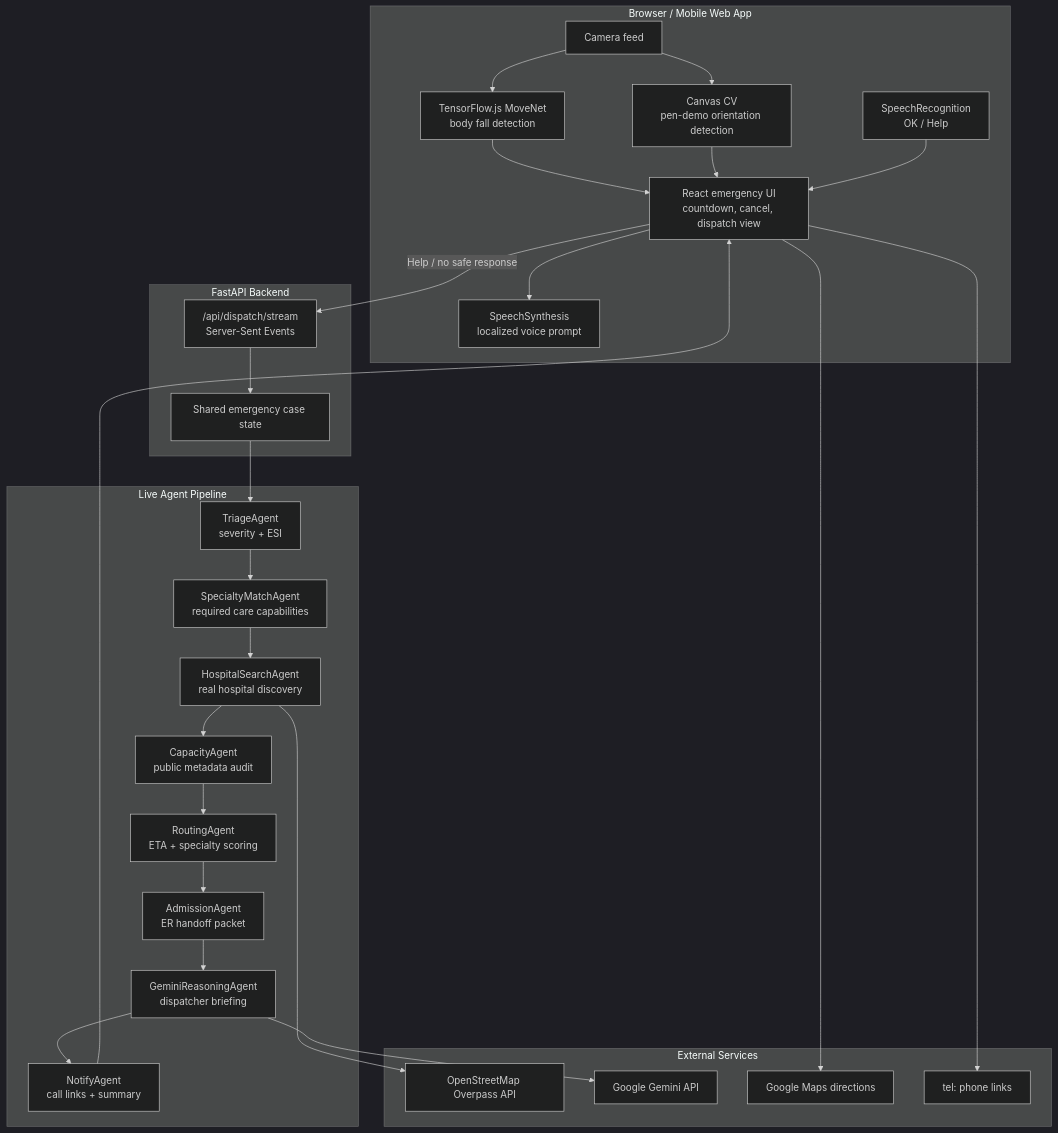
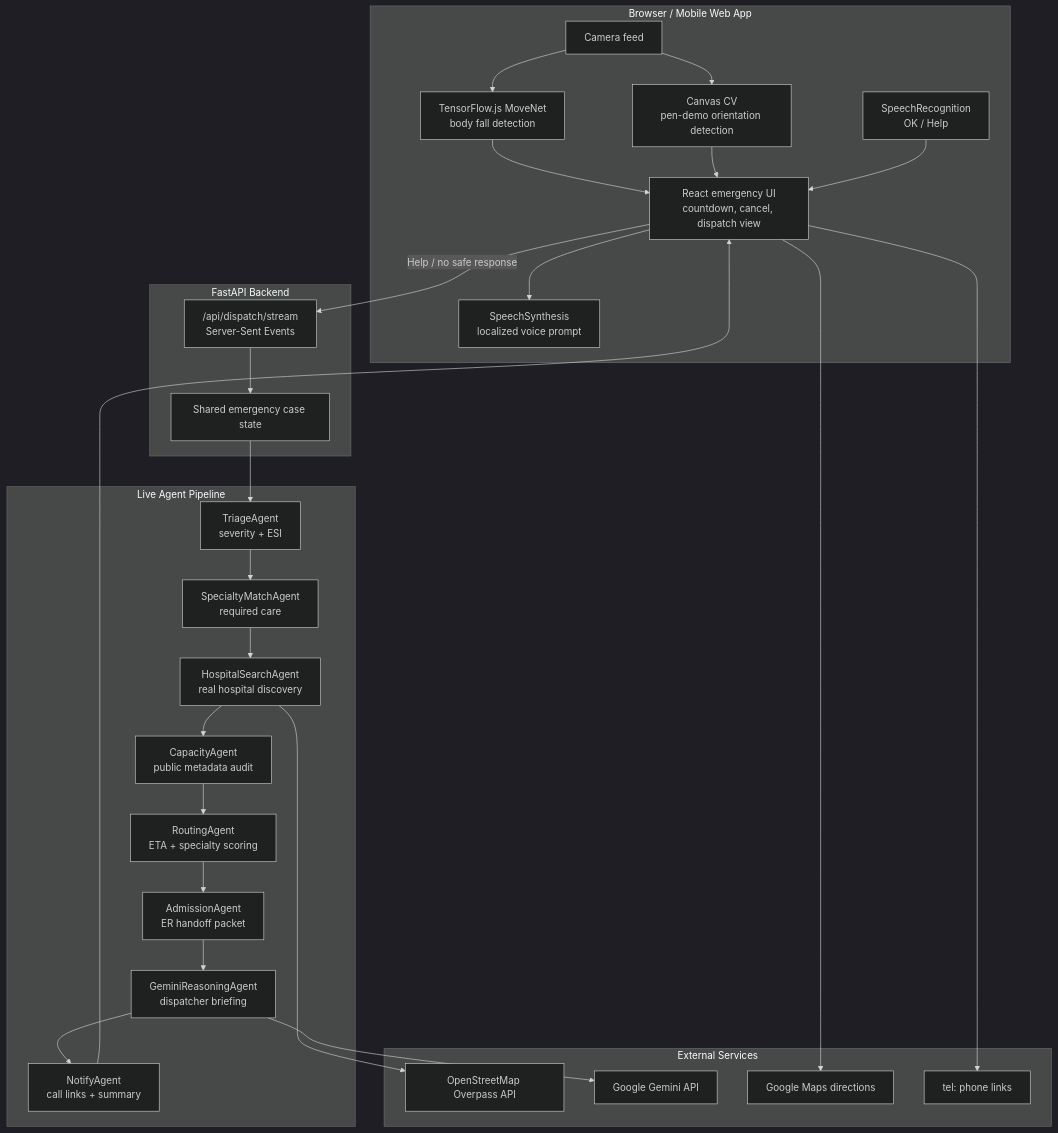
The diagram in README.md (mavisbong41/Lifeline), drawn with Mermaid (dark theme) before and after one commit. The commit also changed other lines of this file, not shown here.

````diff
--- a/README.md
+++ b/README.md
@@ -39,49 +44,49 @@
 ```mermaid
 flowchart TB
   subgraph Browser["Browser / Mobile Web App"]
     Camera["Camera feed"]
     Pose["TensorFlow.js MoveNet<br/>body fall detection"]
     Pen["Canvas CV<br/>pen-demo orientation detection"]
     VoiceOut["SpeechSynthesis<br/>localized voice prompt"]
     VoiceIn["SpeechRecognition<br/>OK / Help"]
     UI["React emergency UI<br/>countdown, cancel, dispatch view"]
   end
 
   subgraph API["FastAPI Backend"]
     SSE["/api/dispatch/stream<br/>Server-Sent Events"]
     State["Shared emergency case state"]
   end
 
   subgraph Agents["Live Agent Pipeline"]
     Triage["TriageAgent<br/>severity + ESI"]
-    Specialty["SpecialtyMatchAgent<br/>required care capabilities"]
+    Specialty["SpecialtyMatchAgent<br/>required care"]
     Search["HospitalSearchAgent<br/>real hospital discovery"]
     Capacity["CapacityAgent<br/>public metadata audit"]
     Routing["RoutingAgent<br/>ETA + specialty scoring"]
     Admission["AdmissionAgent<br/>ER handoff packet"]
     Gemini["GeminiReasoningAgent<br/>dispatcher briefing"]
     Notify["NotifyAgent<br/>call links + summary"]
   end
 
   subgraph External["External Services"]
     OSM["OpenStreetMap Overpass API"]
     GeminiAPI["Google Gemini API"]
     Maps["Google Maps directions"]
     Phone["tel: phone links"]
   end
 
   Camera --> Pose
   Camera --> Pen
   Pose --> UI
   Pen --> UI
   UI --> VoiceOut
   VoiceIn --> UI
   UI -->|Help / no safe response| SSE
   SSE --> State
   State --> Triage --> Specialty --> Search --> Capacity --> Routing --> Admission --> Gemini --> Notify
   Search --> OSM
   Gemini --> GeminiAPI
   Notify --> UI
   UI --> Maps
   UI --> Phone
 ```
````
